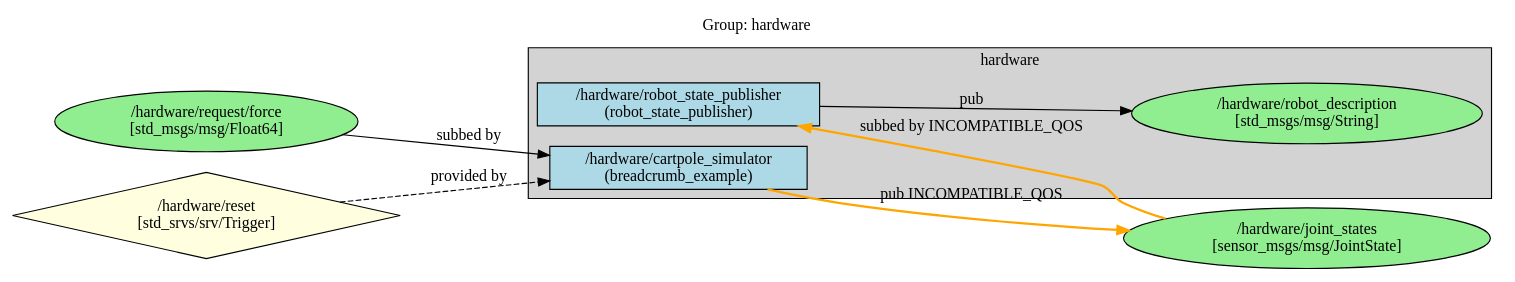
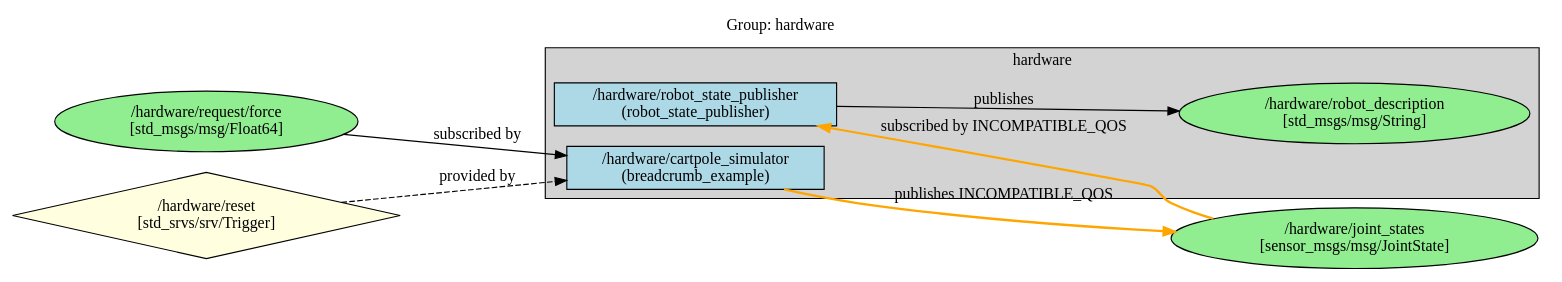
One commit to greenforge-labs/breadcrumb changed the diagram in breadcrumb_example/ros_graphs/graph_group_hardware.dot. Above: the diagram before and after it, drawn with Graphviz. The commit also changed 14 other files, not shown here.

```diff
--- a/breadcrumb_example/ros_graphs/graph_group_hardware.dot
+++ b/breadcrumb_example/ros_graphs/graph_group_hardware.dot
@@ -1,38 +1,38 @@
 digraph ROS2Group_hardware {
   rankdir=LR;
   node [shape=box];
   label="Group: hardware";
   labelloc=t;
 
   subgraph cluster_hardware {
     label="hardware";
     style=filled;
     fillcolor=lightgrey;
 
     // Group Nodes
     "/hardware/robot_state_publisher" [label="/hardware/robot_state_publisher\n(robot_state_publisher)", style=filled, fillcolor=lightblue];
     "/hardware/cartpole_simulator" [label="/hardware/cartpole_simulator\n(breadcrumb_example)", style=filled, fillcolor=lightblue];
 
     // Internal Topics
     "/hardware/robot_description" [label="/hardware/robot_description\n[std_msgs/msg/String]", shape=ellipse, style=filled, fillcolor=lightgreen];
   }
 
   // External Topics
   "/hardware/joint_states" [label="/hardware/joint_states\n[sensor_msgs/msg/JointState]", shape=ellipse, style=filled, fillcolor=lightgreen];
   "/hardware/request/force" [label="/hardware/request/force\n[std_msgs/msg/Float64]", shape=ellipse, style=filled, fillcolor=lightgreen];
 
   // External Services
   "/hardware/reset" [label="/hardware/reset\n[std_srvs/srv/Trigger]", shape=diamond, style=filled, fillcolor=lightyellow];
 
   // Internal Topic Edges
-  "/hardware/robot_state_publisher" -> "/hardware/robot_description" [label="pub"];
+  "/hardware/robot_state_publisher" -> "/hardware/robot_description" [label="publishes"];
 
   // External Topic Edges
-  "/hardware/cartpole_simulator" -> "/hardware/joint_states" [label="pub INCOMPATIBLE_QOS", color=orange, style=bold];
-  "/hardware/joint_states" -> "/hardware/robot_state_publisher" [label="subbed by INCOMPATIBLE_QOS", color=orange, style=bold];
-  "/hardware/request/force" -> "/hardware/cartpole_simulator" [label="subbed by"];
+  "/hardware/cartpole_simulator" -> "/hardware/joint_states" [label="publishes INCOMPATIBLE_QOS", color=orange, style=bold];
+  "/hardware/joint_states" -> "/hardware/robot_state_publisher" [label="subscribed by INCOMPATIBLE_QOS", color=orange, style=bold];
+  "/hardware/request/force" -> "/hardware/cartpole_simulator" [label="subscribed by"];
 
   // External Service Edges
   "/hardware/reset" -> "/hardware/cartpole_simulator" [label="provided by", style=dashed];
 
 }
```
